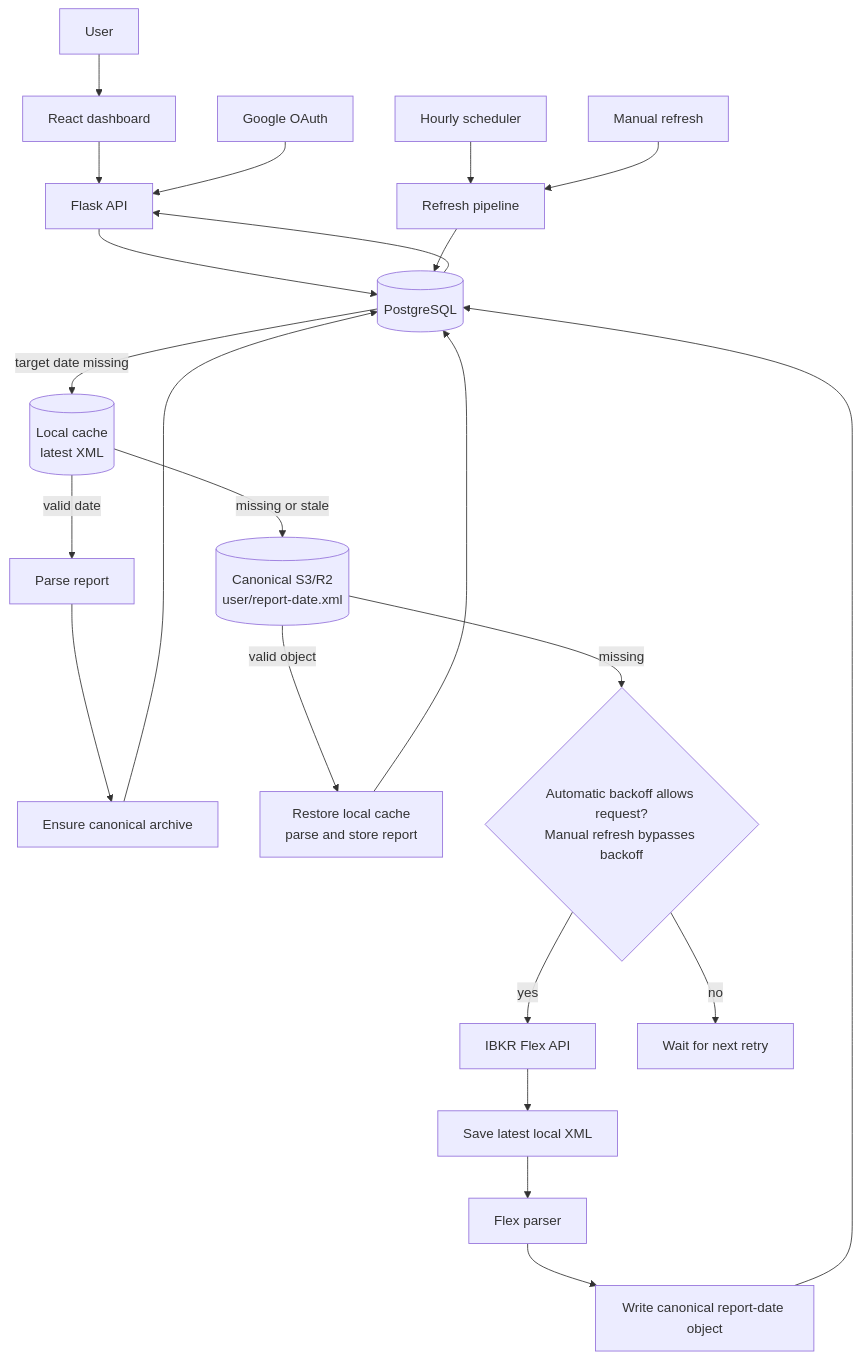
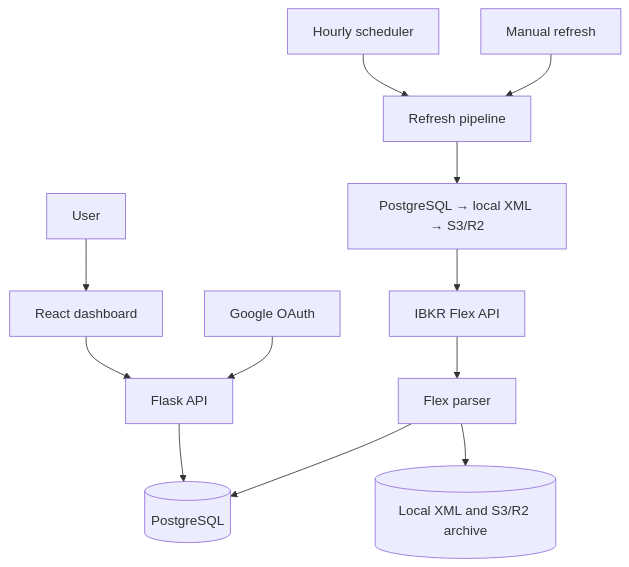
Before and after one commit to just1bit/ibkr-viz: the diagram in docs/PRD_IBKR_Viz.md, drawn with Mermaid. The commit also changed other lines of this file and 2 other files, not shown here.

````diff
--- a/docs/PRD_IBKR_Viz.md
+++ b/docs/PRD_IBKR_Viz.md
@@ -65,26 +42,14 @@
 ```mermaid
 flowchart TD
     USER["User"] --> UI["React dashboard"]
     UI --> API["Flask API"]
     OAUTH["Google OAuth"] --> API
     API --> DB[("PostgreSQL")]
-
     AUTO["Hourly scheduler"] --> REFRESH["Refresh pipeline"]
     MANUAL["Manual refresh"] --> REFRESH
-    REFRESH --> DB
-    DB -- "target date missing" --> LOCAL[("Local cache<br/>latest XML")]
-    LOCAL -- "valid date" --> LOCALPARSE["Parse report"]
-    LOCALPARSE --> LOCALARCHIVE["Ensure canonical archive"]
-    LOCALARCHIVE --> DB
-    LOCAL -- "missing or stale" --> R2[("Canonical S3/R2<br/>user/report-date.xml")]
-    R2 -- "valid object" --> R2HIT["Restore local cache<br/>parse and store report"]
-    R2HIT --> DB
-    R2 -- "missing" --> GATE{"Automatic backoff allows request?<br/>Manual refresh bypasses backoff"}
-    GATE -- "yes" --> IBKR["IBKR Flex API"]
-    GATE -- "no" --> WAIT["Wait for next retry"]
-    IBKR --> SAVELOCAL["Save latest local XML"]
-    SAVELOCAL --> PARSER["Flex parser"]
-    PARSER --> ARCHIVE["Write canonical report-date object"]
-    ARCHIVE --> DB
-    DB --> API
+    REFRESH --> CACHE["PostgreSQL → local XML → S3/R2"]
+    CACHE --> IBKR["IBKR Flex API"]
+    IBKR --> PARSER["Flex parser"]
+    PARSER --> DB
+    PARSER --> ARCHIVE[("Local XML and S3/R2 archive")]
 ```
````
